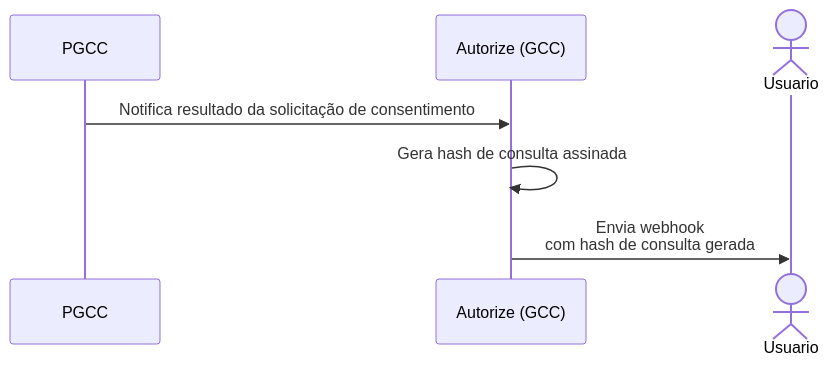
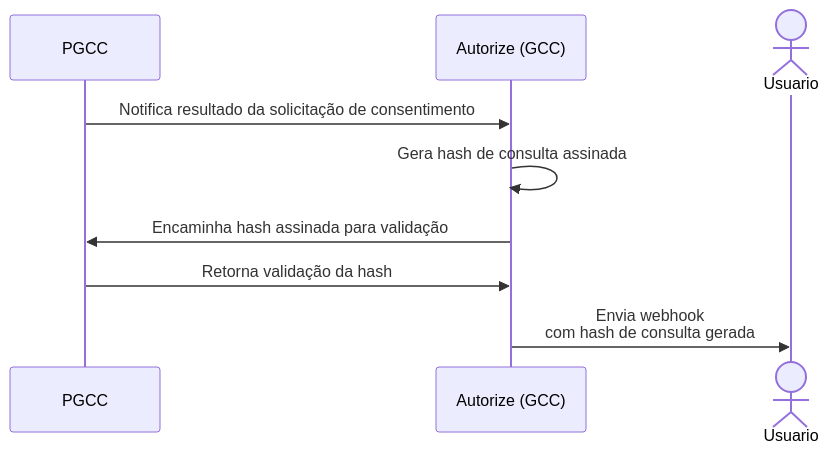
The third of 6 diagrams in guias/fluxo-da-informacao.mdx (IndigoHive/autorize-gcc-docs), drawn with Mermaid before and after one commit. The commit also changed other lines of this file and 1 other file, not shown here.

````diff
--- a/guias/fluxo-da-informacao.mdx
+++ b/guias/fluxo-da-informacao.mdx
@@ -45,10 +45,12 @@
       ```mermaid
       sequenceDiagram
           participant PGCC as PGCC
           participant GCC as Autorize (GCC)
           actor Usuario
 
           PGCC->>GCC: Notifica resultado da solicitação de consentimento
           GCC->>GCC: Gera hash de consulta assinada
+          GCC->>PGCC: Encaminha hash assinada para validação
+          PGCC->>GCC: Retorna validação da hash
           GCC->>Usuario: Envia webhook <br>com hash de consulta gerada
       ```
````
